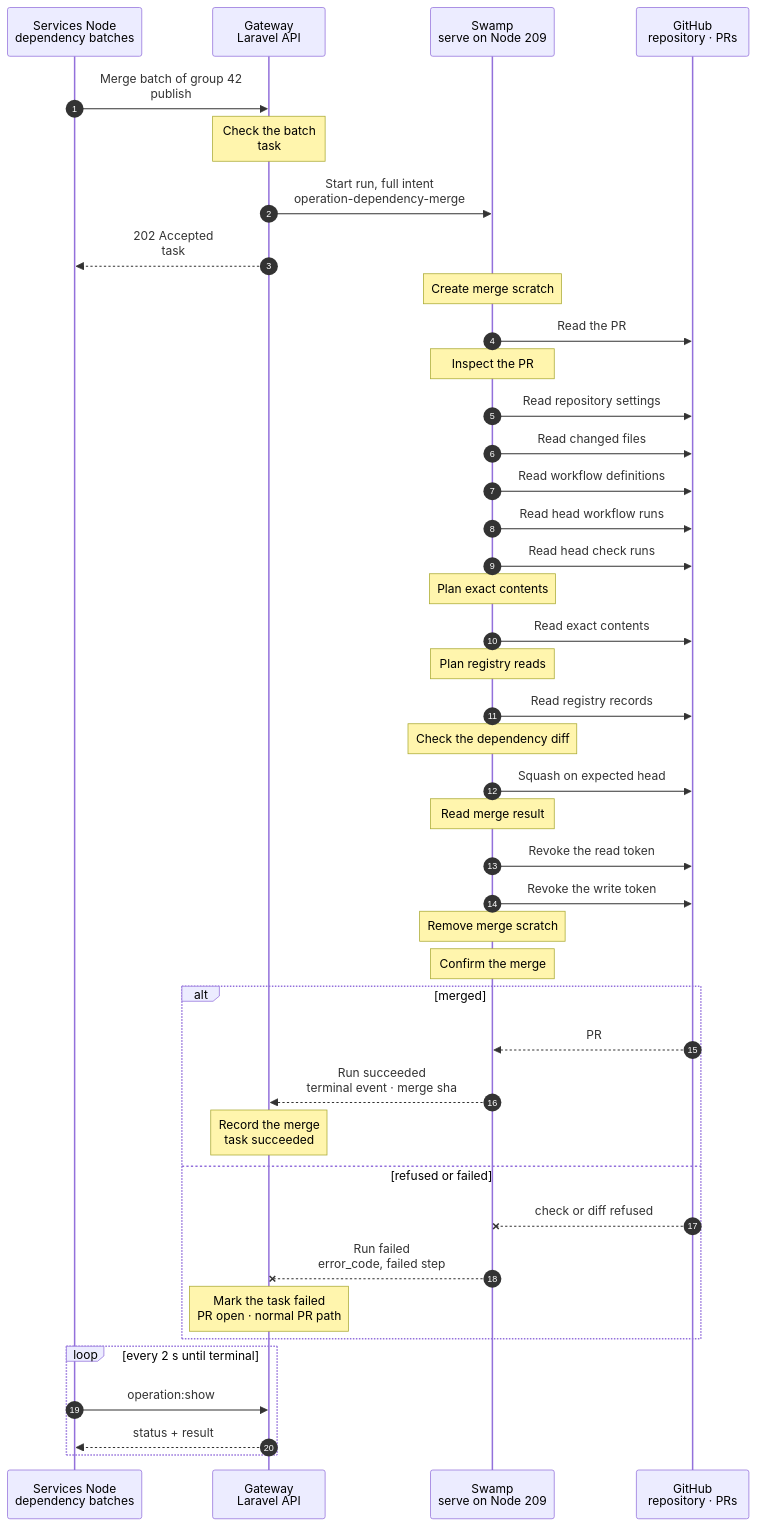
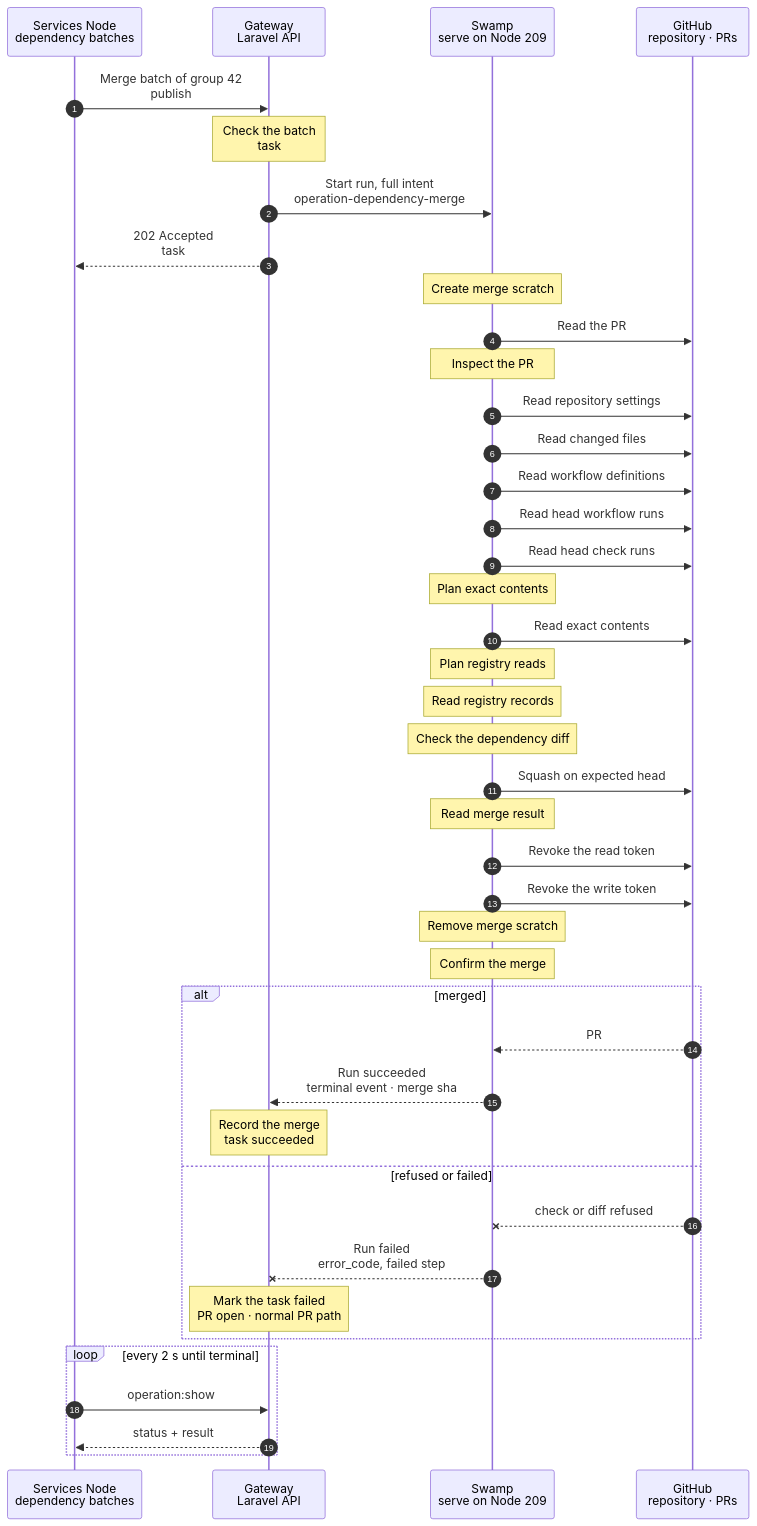
Before and after one commit to hardimpactdev/orbit: the diagram in docs/cli/tasks/dependency-merge.mmd, drawn with Mermaid. The commit also changed 4 other files, not shown here.

Commit message:
Read native paginated GitHub replies with the installed CLI

```diff
--- a/docs/cli/tasks/dependency-merge.mmd
+++ b/docs/cli/tasks/dependency-merge.mmd
@@ -1,114 +1,116 @@
 sequenceDiagram
   %% Target design: ADR 0244 task, DECISIONS 1 (tokens minted at admission, vault; no private-material callback) and R2-R3. docs/reference/tasks.md#dependency-batch-squash-admission.
   %% Tightened: flow-tighten 2026-11-02; native command boundaries remain visible, independent reads and content requests fan out.
   %% status: migrated
   %% command: none · Services API (tasks-dependency-merge)
   %% kind: tasks.dependency_merge
   autonumber
   %% lane CLI icon=terminal pill=caller tone=gray
   %% lane GW icon=gateway pill=intent tone=blue
   %% lane SW icon=workflow pill=executes tone=green
   %% lane GH icon=server pill=target tone=purple
   participant CLI as Services Node<br/>dependency batches
   participant GW as Gateway<br/>Laravel API
   participant SW as Swamp<br/>serve on Node 209
   participant GH as GitHub<br/>repository · PRs
   CLI->>GW: Merge batch of group 42<br/>publish #5165 · head 9f3c…
   %%> Command:
   %%> - `POST /api/v1/task-groups/42/dependency-merge` with `publish_operation_id` 5165, `head_sha` and an `Idempotency-Key`
   %%> - syntax: the MCP tool `tasks-dependency-merge` with `group`, `publish_operation_id`, `head_sha`
   %%> Who can call it:
   %%> - only the configured Services Node; there is no `orbit` command
   Note over GW: Check the batch<br/>task #5166 · mint 2 tokens
   %%> Requirements:
   %%> - the Project has dependency merge enabled; today every Project is off
   %%> - the Project is an app with a hosted production Instance; packages and unclassified monorepos are refused
   %%> - group 42 is an external dependency batch the Services Node created, with a passed handoff check and the exact successful publish task #5165 for this head
   %%> - no other task runs on group 42; the Gateway holds one lock per group
   %%> What it does:
   %%> - mints a write token with only `contents: write` and `pull_requests: write`, never `workflows: write`
   %%> - mints a read token with `contents`, `pull_requests`, `checks` and `actions` read
   %%> - pushes both to the vault as `dependency-merge-write-<uuid>` and `dependency-merge-read-<uuid>` after commit (R3); no step fetches them from the Gateway
   %%> Result:
   %%> - task #5166 recorded with the full intent
   GW->>SW: Start run, full intent<br/>operation-dependency-merge
   %%> What it does:
   %%> - starts one Swamp run on serve (Node 209); no Node is a target
   %%> Inputs:
   %%> - the repository, default branch, PR branch `task-42`, expected head, and the smoke workflow path
   %%> - the vault key names of the tokens, never the tokens
   GW-->>CLI: 202 Accepted<br/>task #5166
   %%> What you get:
   %%> - the task number, at once
   %%> Next:
   %%> - the caller follows the task with `operation:show`
   Note over SW: Create merge scratch
   %%> What it does:
   %%> - creates a private temporary directory for native replies; no repository content enters run data
   SW->>GH: Read the PR
   Note over SW: Inspect the PR
   %%> Recovery:
   %%> - an already-merged exact head skips metadata, contents, registry reads and the PUT; its merge SHA is kept
   SW->>GH: Read repository settings
   %%> Parallel:
   %%> - repository settings, changed files, workflow definitions, exact-head workflow runs and check runs are independent native reads
   SW->>GH: Read changed files
   %%> What it does:
   %%> - follows all Link pages; count, duplicates and the GitHub truncation boundary are checked before reading contents
   SW->>GH: Read workflow definitions
   SW->>GH: Read head workflow runs
   SW->>GH: Read head check runs
   Note over SW: Plan exact contents
   SW->>GH: Read exact contents
   %%> What it does:
   %%> - reads every allowed changed file at base and head, and its root manifest, in parallel
   Note over SW: Plan registry reads
-  SW->>GH: Read registry records
+  Note over SW: Read registry records
+  %%> What it does:
+  %%> - reads public Packagist metadata with bounded curl commands; no GitHub token reaches the registry
   Note over SW: Check the dependency diff
   %%> Refuses:
   %%> - changes outside existing dependency versions, breaking root ranges, untrusted lock sources or unreachable packages
   %%> - exact-head Required checks or the configured production smoke suite missing, pending or failed
   SW->>GH: Squash on expected head
   %%> What it does:
   %%> - one squash PUT with the admitted sha; a moved head refuses without merging
   Note over SW: Read merge result
   SW->>GH: Revoke the read token
   %%> When:
   %%> - always, on success and failure; best effort because both tokens expire within one hour
   SW->>GH: Revoke the write token
   %%> When:
   %%> - always, on success and failure; best effort because both tokens expire within one hour
   Note over SW: Remove merge scratch
   Note over SW: Confirm the merge
   alt merged
     GH-->>SW: PR #57 merged · sha
     %%> Returns:
     %%> - the merge commit
     SW-->>GW: Run succeeded<br/>terminal event · merge sha
     %%> How the Gateway learns it:
     %%> - its shared run reader sees the terminal event; Swamp never calls the Gateway
     Note over GW: Record the merge<br/>task succeeded
     %%> Result:
     %%> - task #5166 succeeds with the merge SHA
     %%> - the task system sees the merge and completes group 42 as usual; nothing is deployed here
   else refused or failed
     GH--xSW: check or diff refused
     %%> When:
     %%> - a check, file or diff rule refuses, the head moved, or GitHub refuses the merge
     SW--xGW: Run failed<br/>error_code, failed step
     %%> The Gateway reads:
     %%> - which step failed and its error code
     Note over GW: Mark the task failed<br/>PR open · normal PR path
     %%> Result:
     %%> - task #5166 fails; PR #57 stays open and goes through ordinary PR handling
     %%> Retry:
     %%> - a new request for the same head is a new task with new tokens; it reads everything again
   end
   loop every 2 s until terminal
     CLI->>GW: operation:show #5166
     %%> What it does:
     %%> - asks for the task's status every 2 seconds until it has ended
     GW-->>CLI: status + result
     %%> Returns:
     %%> - the current status, and the result once the task has ended
   end
```
